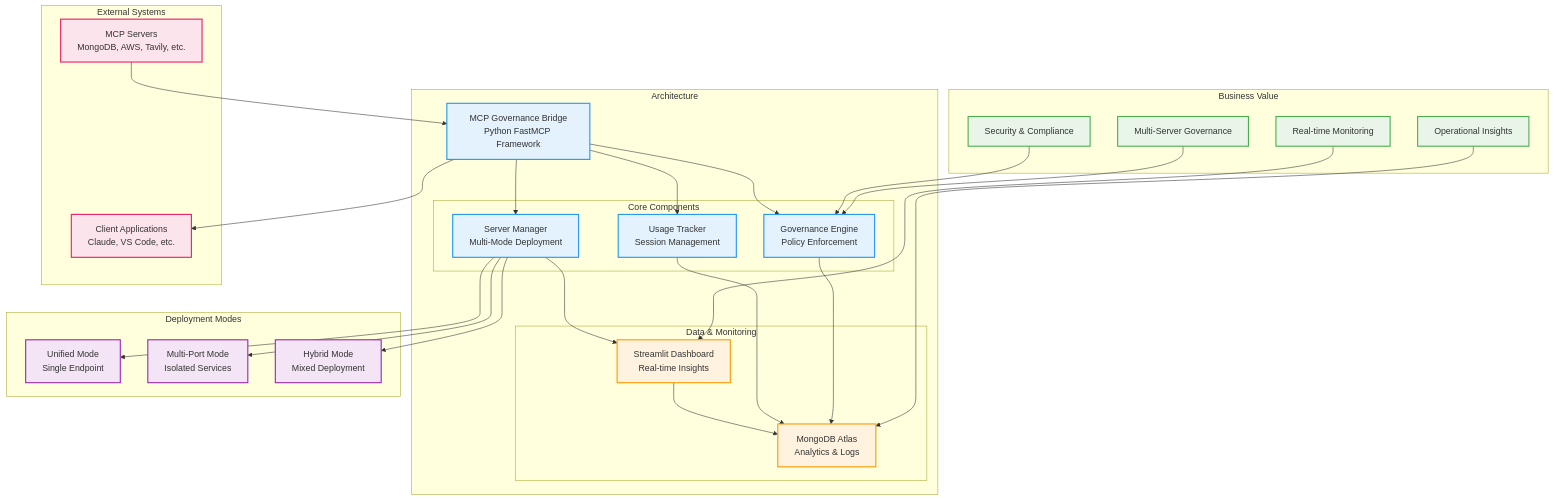
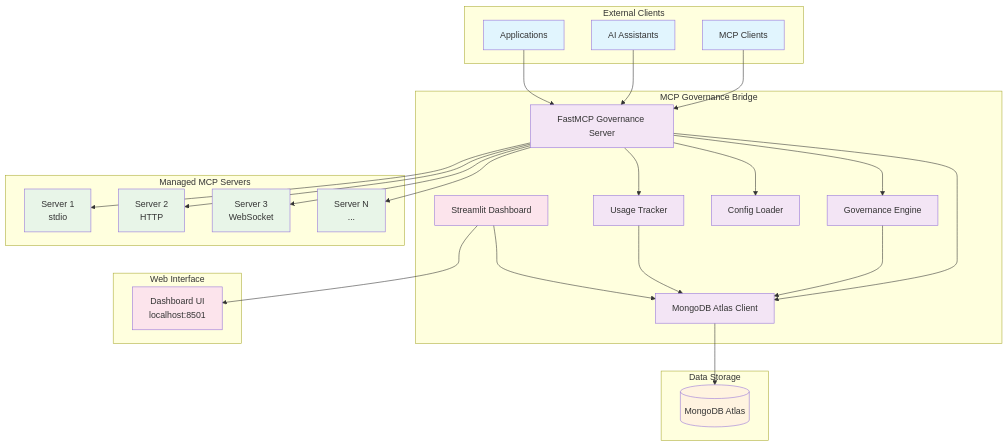
The first of 4 diagrams in README.md (mongodb-partners/mcp-governance-bridge), drawn with Mermaid before and after one commit. The commit also changed other lines of this file, not shown here.

````diff
--- a/README.md
+++ b/README.md
@@ -3,70 +7,65 @@
 ```mermaid
 graph TB
-    subgraph "Business Value"
-        BV1[Multi-Server Governance]
-        BV2[Real-time Monitoring]
-        BV3[Security & Compliance]
-        BV4[Operational Insights]
+    subgraph "External Clients"
+        A[MCP Clients]
+        B[AI Assistants]
+        C[Applications]
     end
-
-    subgraph "Architecture"
-        A[MCP Governance Bridge<br/>Python FastMCP Framework]
-        
-        subgraph "Core Components"
-            B[Governance Engine<br/>Policy Enforcement]
-            C[Usage Tracker<br/>Session Management] 
-            D[Server Manager<br/>Multi-Mode Deployment]
-        end
-        
-        subgraph "Data & Monitoring"
-            E[MongoDB Atlas<br/>Analytics & Logs]
-            F[Streamlit Dashboard<br/>Real-time Insights]
-        end
+    
+    subgraph "MCP Governance Bridge"
+        D[FastMCP Governance Server]
+        E[Governance Engine]
+        F[Usage Tracker]
+        G[MongoDB Atlas Client]
+        H[Config Loader]
+        I[Streamlit Dashboard]
     end
-
-    subgraph "External Systems"
-        G[MCP Servers<br/>MongoDB, AWS, Tavily, etc.]
-        H[Client Applications<br/>Claude, VS Code, etc.]
+    
+    subgraph "Managed MCP Servers"
+        J[Server 1<br/>stdio]
+        K[Server 2<br/>HTTP]
+        L[Server 3<br/>WebSocket]
+        M[Server N<br/>...]
     end
-
-    subgraph "Deployment Modes"
-        I1[Unified Mode<br/>Single Endpoint]
-        I2[Multi-Port Mode<br/>Isolated Services]
-        I3[Hybrid Mode<br/>Mixed Deployment]
+    
+    subgraph "Data Storage"
+        N[(MongoDB Atlas)]
     end
-
-    %% Business connections
-    BV1 --> B
-    BV2 --> F
-    BV3 --> B
-    BV4 --> E
-
-    %% Technical flow
-    A --> B
-    A --> C
+    
+    subgraph "Web Interface"
+        O[Dashboard UI<br/>localhost:8501]
+    end
+    
     A --> D
-    B --> E
-    C --> E
+    B --> D
+    C --> D
+    
+    D --> E
     D --> F
-    F --> E
+    D --> G
+    D --> H
     
-    G --> A
-    A --> H
+    D --> J
+    D --> K
+    D --> L
+    D --> M
     
-    D --> I1
-    D --> I2
-    D --> I3
-
-    %% Styling
-    classDef business fill:#e8f5e8,stroke:#4caf50,stroke-width:2px
-    classDef core fill:#e3f2fd,stroke:#2196f3,stroke-width:2px
-    classDef data fill:#fff3e0,stroke:#ff9800,stroke-width:2px
-    classDef external fill:#fce4ec,stroke:#e91e63,stroke-width:2px
-    classDef deployment fill:#f3e5f5,stroke:#9c27b0,stroke-width:2px
-
-    class BV1,BV2,BV3,BV4 business
-    class A,B,C,D core
-    class E,F data
-    class G,H external
-    class I1,I2,I3 deployment
+    E --> G
+    F --> G
+    G --> N
+    
+    I --> G
+    I --> O
+    
+    classDef client fill:#e1f5fe
+    classDef governance fill:#f3e5f5
+    classDef server fill:#e8f5e8
+    classDef storage fill:#fff3e0
+    classDef ui fill:#fce4ec
+    
+    class A,B,C client
+    class D,E,F,G,H governance
+    class J,K,L,M server
+    class N storage
+    class I,O ui
 ```
````
